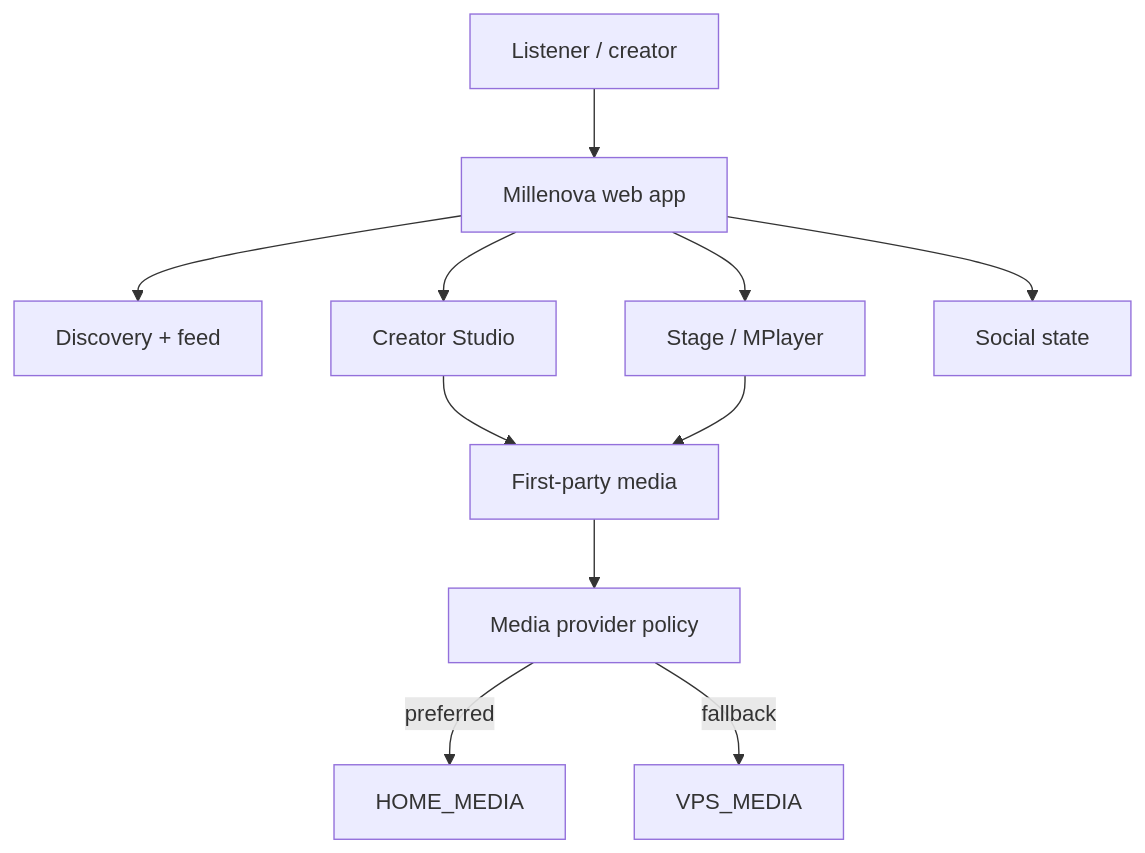
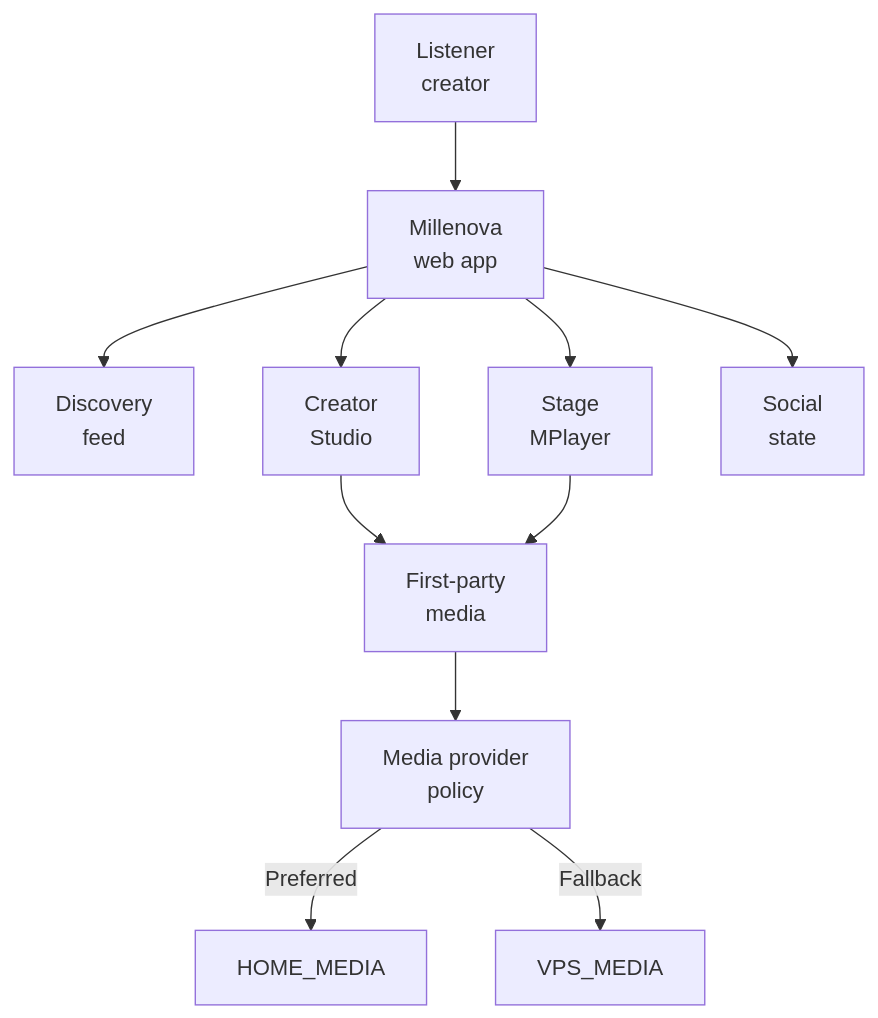
Before and after one commit to wilderruiz/millenova-project: the first of 2 diagrams in README.md, drawn with Mermaid. The commit also changed other lines of this file, not shown here.

Commit message:
docs: apply shared Mermaid graph guide to README

````diff
--- a/README.md
+++ b/README.md
@@ -13,24 +13,16 @@
 ```mermaid
 flowchart TD
-    USER[Listener / creator]
-    WEB[Millenova web app]
-    FEED[Discovery + feed]
-    STUDIO[Creator Studio]
-    PLAYER[Stage / MPlayer]
-    SOCIAL[Social state]
-    MEDIA[First-party media]
-    ROUTER[Media provider policy]
-    HOME[HOME_MEDIA]
-    VPS[VPS_MEDIA]
+    USER["Listener<br/>creator"] --> WEB["Millenova<br/>web app"]
 
-    USER --> WEB
-    WEB --> FEED
-    WEB --> STUDIO
-    WEB --> PLAYER
-    WEB --> SOCIAL
-    STUDIO --> MEDIA
+    WEB --> FEED["Discovery<br/>feed"]
+    WEB --> STUDIO["Creator<br/>Studio"]
+    WEB --> PLAYER["Stage<br/>MPlayer"]
+    WEB --> SOCIAL["Social<br/>state"]
+
+    STUDIO --> MEDIA["First-party<br/>media"]
     PLAYER --> MEDIA
-    MEDIA --> ROUTER
-    ROUTER -->|preferred| HOME
-    ROUTER -->|fallback| VPS
+
+    MEDIA --> ROUTER["Media provider<br/>policy"]
+    ROUTER -->|Preferred| HOME["HOME_MEDIA"]
+    ROUTER -->|Fallback| VPS["VPS_MEDIA"]
 ```
````
